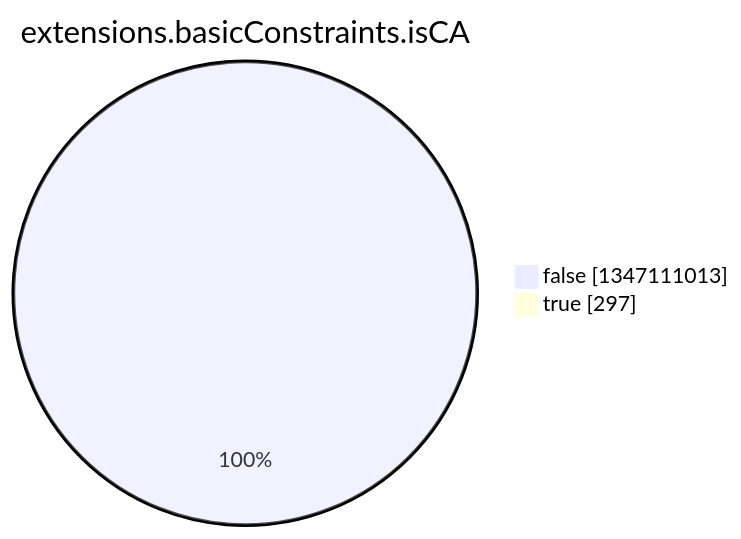
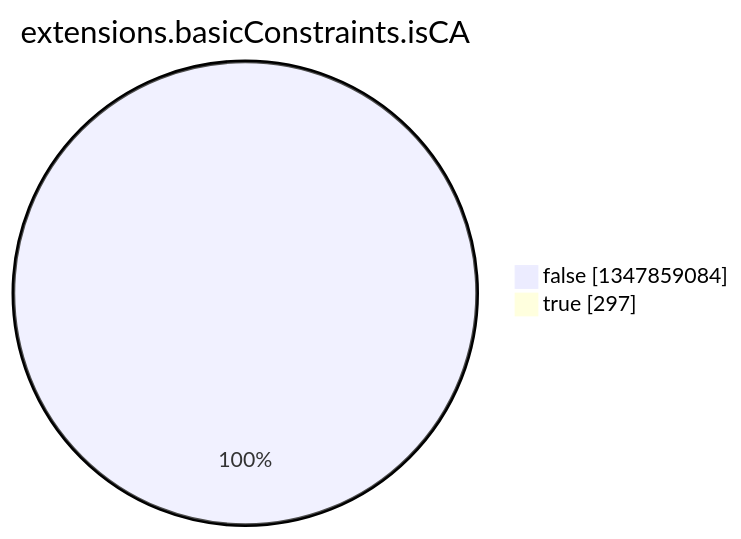
Before and after one commit to christiankrug/ctmonitor_visualization: the eighth of 15 diagrams in argon2022/README.md, drawn with Mermaid. The commit also changed other lines of this file, not shown here.

````diff
--- a/argon2022/README.md
+++ b/argon2022/README.md
@@ -2758,6 +2758,6 @@
 ```mermaid
 pie showData
 title extensions.basicConstraints.isCA
-"false" :1347111013
+"false" :1347859084
 "true" :297
 ```
````
